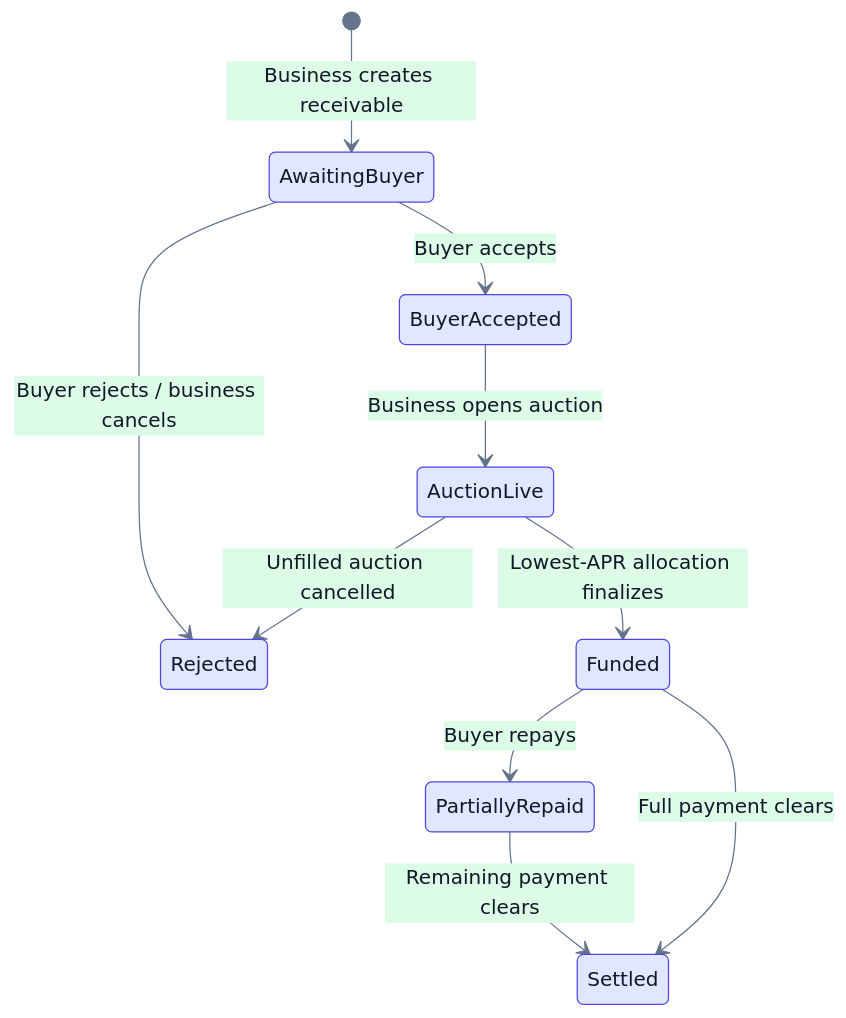
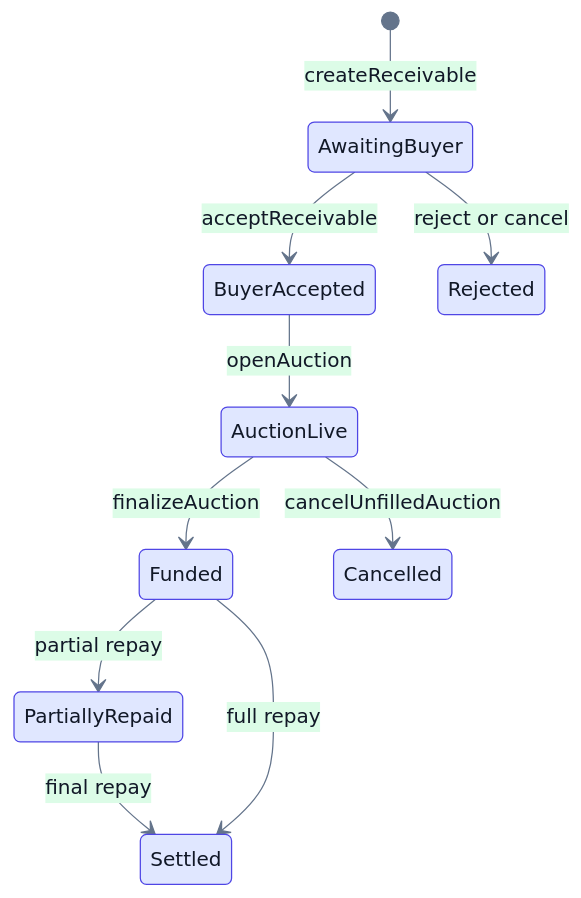
Before and after one commit to NikhilRaikwar/Morrow: the second of 2 diagrams in README.md, drawn with Mermaid. The commit also changed other lines of this file and 12 other files, not shown here.

````diff
--- a/README.md
+++ b/README.md
@@ -53,13 +58,13 @@
 ```mermaid
-%%{init: {'theme':'base','themeVariables': {'primaryColor':'#e0e7ff','primaryTextColor':'#111827','primaryBorderColor':'#4f46e5','lineColor':'#64748b','secondaryColor':'#dcfce7','tertiaryColor':'#fee2e2'}}}%%
+%%{init: {"theme":"base","themeVariables":{"primaryColor":"#e0e7ff","primaryTextColor":"#111827","primaryBorderColor":"#4f46e5","secondaryColor":"#dcfce7","tertiaryColor":"#fee2e2","lineColor":"#64748b","fontFamily":"Inter, Arial"}}}%%
 stateDiagram-v2
-  [*] --> AwaitingBuyer: Business creates receivable
-  AwaitingBuyer --> BuyerAccepted: Buyer accepts
-  AwaitingBuyer --> Rejected: Buyer rejects / business cancels
-  BuyerAccepted --> AuctionLive: Business opens auction
-  AuctionLive --> Funded: Lowest-APR allocation finalizes
-  AuctionLive --> Rejected: Unfilled auction cancelled
-  Funded --> PartiallyRepaid: Buyer repays
-  PartiallyRepaid --> Settled: Remaining payment clears
-  Funded --> Settled: Full payment clears
+  [*] --> AwaitingBuyer: createReceivable
+  AwaitingBuyer --> BuyerAccepted: acceptReceivable
+  AwaitingBuyer --> Rejected: reject or cancel
+  BuyerAccepted --> AuctionLive: openAuction
+  AuctionLive --> Funded: finalizeAuction
+  AuctionLive --> Cancelled: cancelUnfilledAuction
+  Funded --> PartiallyRepaid: partial repay
+  PartiallyRepaid --> Settled: final repay
+  Funded --> Settled: full repay
 ```
````
